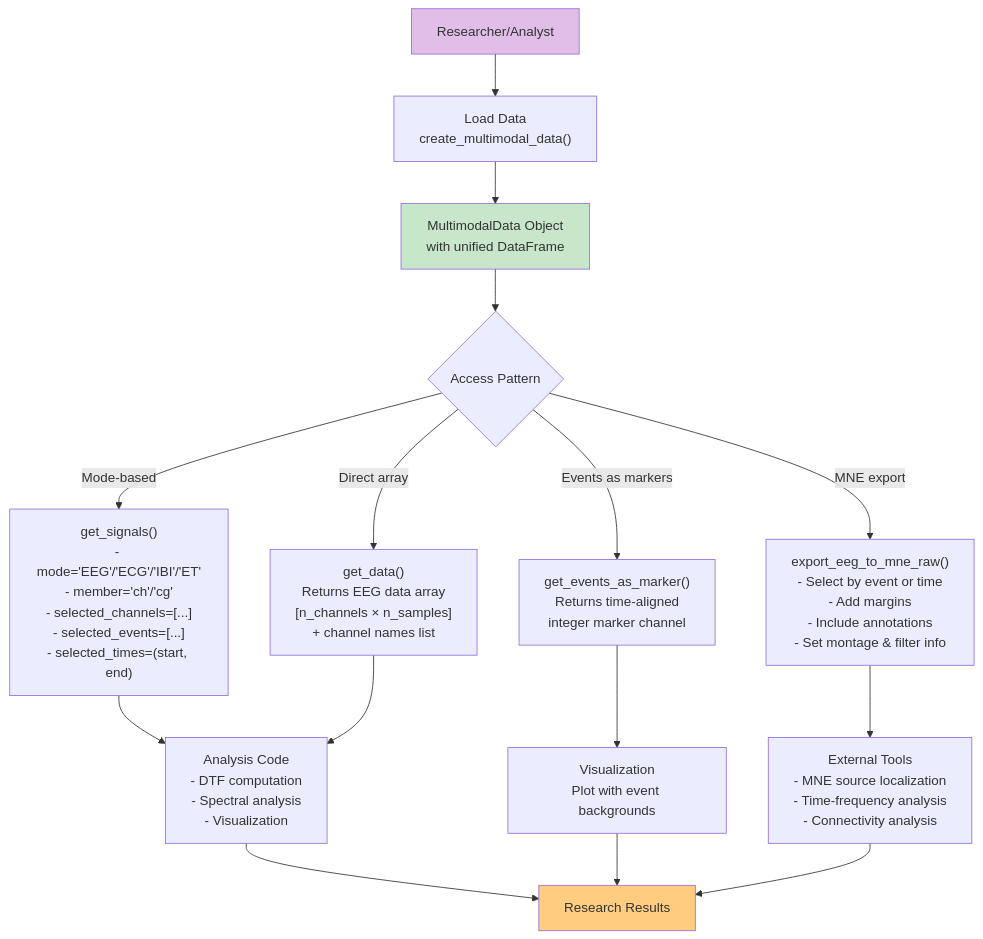
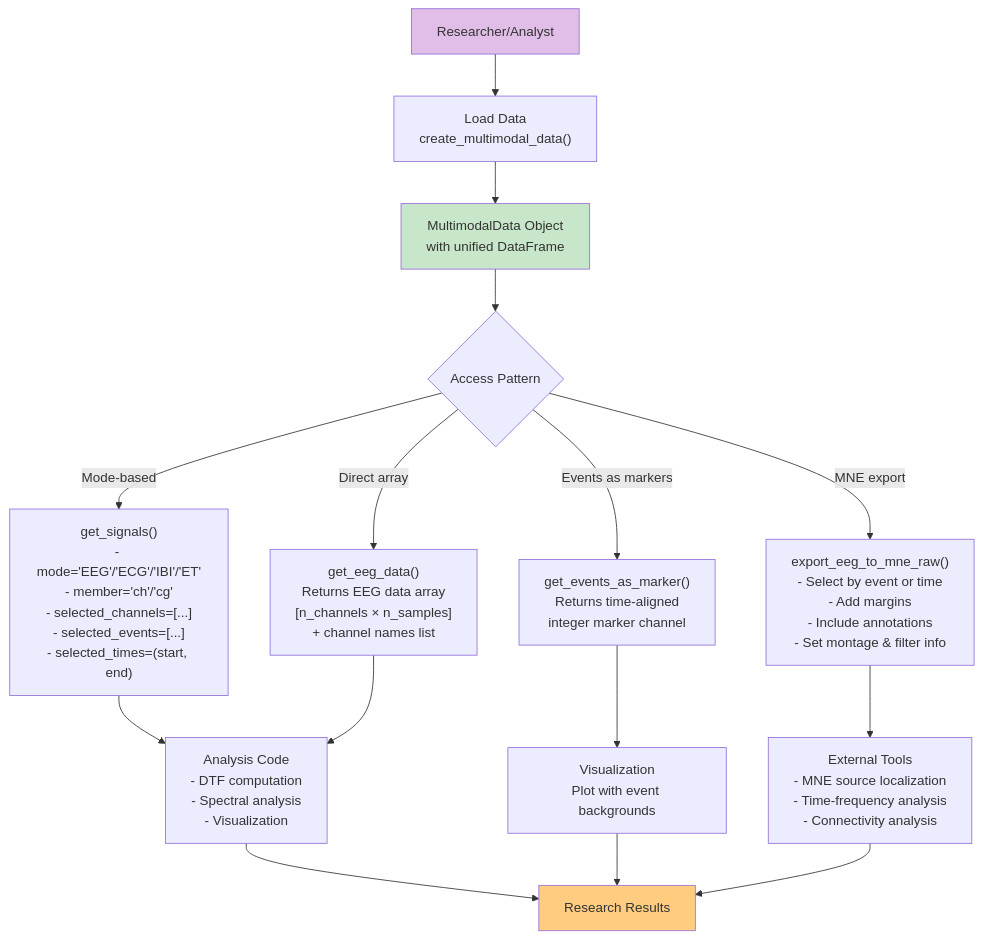
The fifth of 5 diagrams in docs/architecture_diagram.md (SYNCC-IN/hyperscanning-signal-analysis), drawn with Mermaid before and after one commit. The commit also changed other lines of this file, not shown here.

Commit message:
Fix architecture diagram to reflect actual code implementation - Corrected ECG extraction: happens from raw data before EEG filtering, not after - Reorganized data flow to show proper sequence: raw extraction -> processing -> storage -> decimation -> access

````diff
--- a/docs/architecture_diagram.md
+++ b/docs/architecture_diagram.md
@@ -183,32 +203,32 @@
 ```mermaid
 flowchart TD
     USER["Researcher/Analyst"]
     
     USER --> LOAD["Load Data<br/>create_multimodal_data()"]
     
     LOAD --> MMD["MultimodalData Object<br/>with unified DataFrame"]
     
     MMD --> CHOICE{Access Pattern}
     
     CHOICE -->|"Mode-based"| MODE["get_signals()<br/>- mode='EEG'/'ECG'/'IBI'/'ET'<br/>- member='ch'/'cg'<br/>- selected_channels=[...]<br/>- selected_events=[...]<br/>- selected_times=(start, end)"]
     
-    CHOICE -->|"Direct array"| DIRECT["get_data()<br/>Returns EEG data array<br/>[n_channels × n_samples]<br/>+ channel names list"]
+    CHOICE -->|"Direct array"| DIRECT["get_eeg_data()<br/>Returns EEG data array<br/>[n_channels × n_samples]<br/>+ channel names list"]
     
     CHOICE -->|"Events as markers"| MARKER["get_events_as_marker()<br/>Returns time-aligned<br/>integer marker channel"]
     
     CHOICE -->|"MNE export"| MNE["export_eeg_to_mne_raw()<br/>- Select by event or time<br/>- Add margins<br/>- Include annotations<br/>- Set montage & filter info"]
     
     MODE --> ANALYSIS["Analysis Code<br/>- DTF computation<br/>- Spectral analysis<br/>- Visualization"]
     
     DIRECT --> ANALYSIS
     MARKER --> VIS["Visualization<br/>Plot with event backgrounds"]
     MNE --> EXT_TOOLS["External Tools<br/>- MNE source localization<br/>- Time-frequency analysis<br/>- Connectivity analysis"]
     
     ANALYSIS --> RESULTS["Research Results"]
     VIS --> RESULTS
     EXT_TOOLS --> RESULTS
     
     style USER fill:#e1bee7
     style MMD fill:#c8e6c9
     style RESULTS fill:#ffcc80
 ```
````
